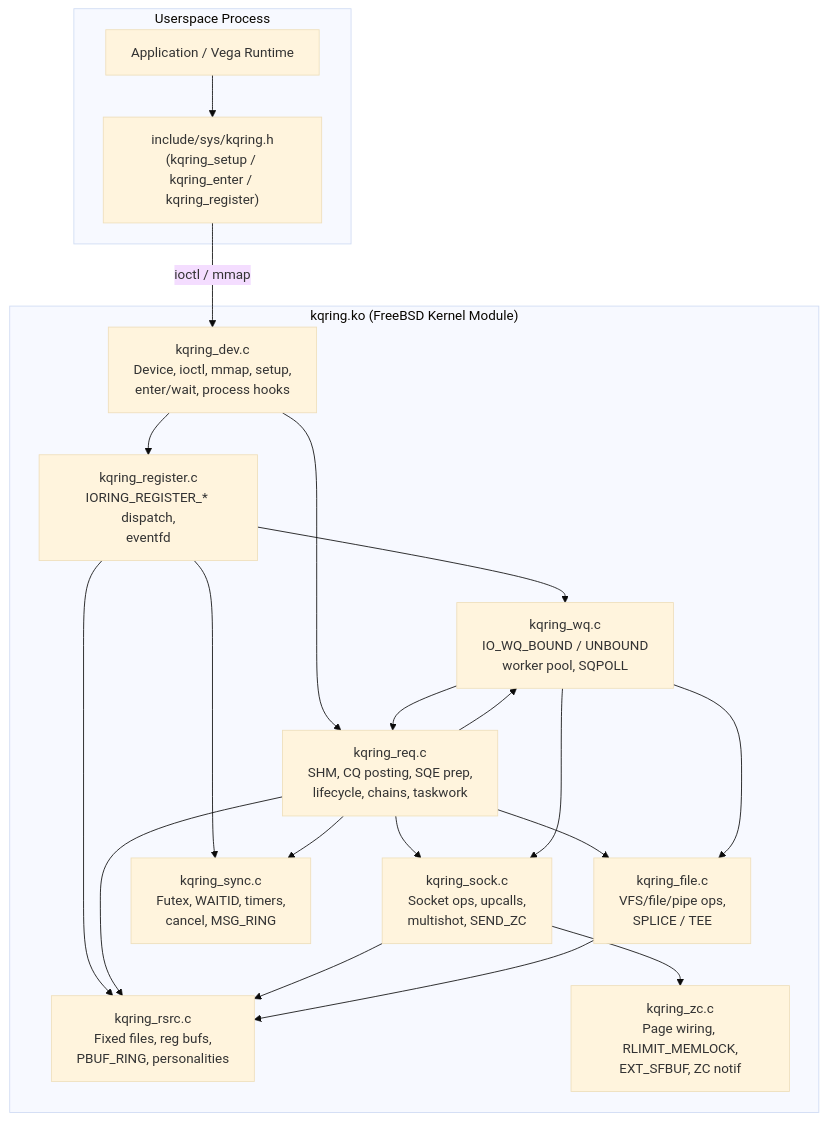
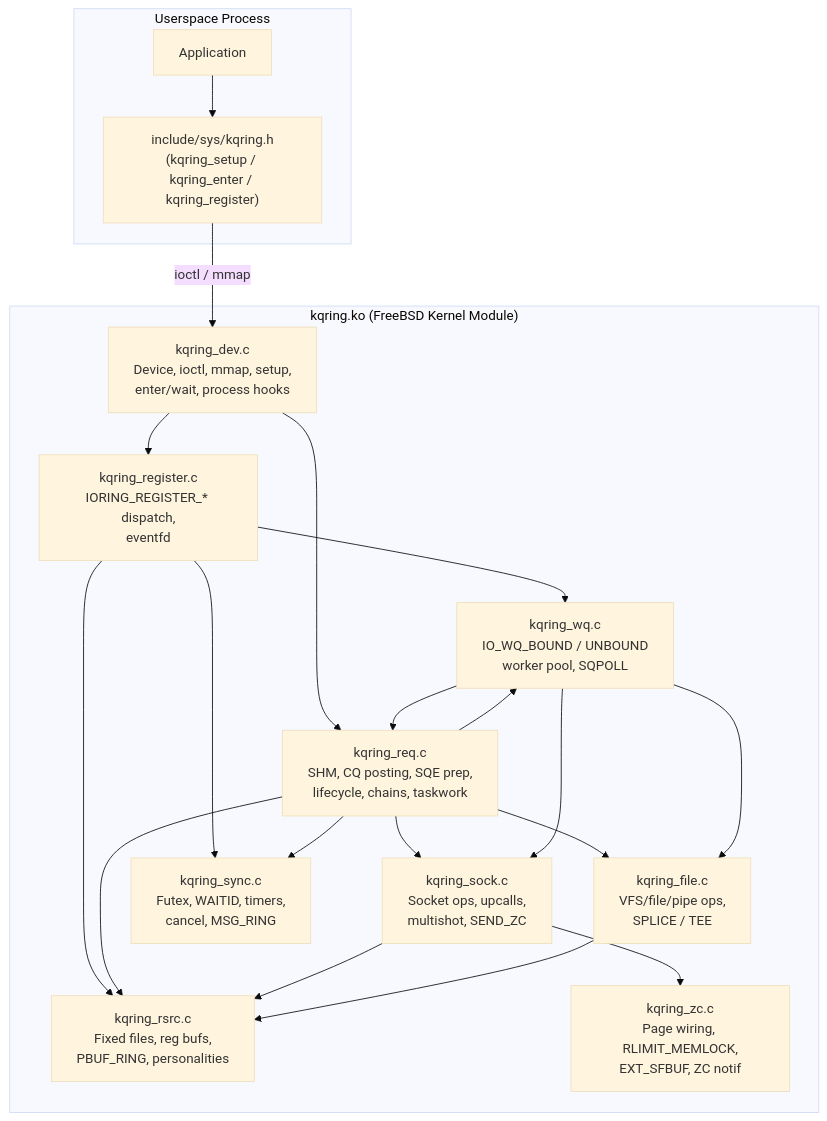
Before and after one commit to grepjava/kqring: the first of 8 diagrams in ARCHITECTURE.MD, drawn with Mermaid (base theme). The commit also changed 4 other files, not shown here.

````diff
--- a/ARCHITECTURE.MD
+++ b/ARCHITECTURE.MD
@@ -11,38 +11,38 @@
 ```mermaid
 flowchart TB
     subgraph Userspace["Userspace Process"]
-        App["Application / Vega Runtime"]
+        App["Application"]
         UAPI["include/sys/kqring.h<br/>(kqring_setup / kqring_enter / kqring_register)"]
         App --> UAPI
     end
 
     subgraph KMOD["kqring.ko (FreeBSD Kernel Module)"]
         DEV["kqring_dev.c<br/>Device, ioctl, mmap, setup,<br/>enter/wait, process hooks"]
         REG["kqring_register.c<br/>IORING_REGISTER_* dispatch,<br/>eventfd"]
         REQ["kqring_req.c<br/>SHM, CQ posting, SQE prep,<br/>lifecycle, chains, taskwork"]
         RSRC["kqring_rsrc.c<br/>Fixed files, reg bufs,<br/>PBUF_RING, personalities"]
         SOCK["kqring_sock.c<br/>Socket ops, upcalls,<br/>multishot, SEND_ZC"]
         FILE["kqring_file.c<br/>VFS/file/pipe ops,<br/>SPLICE / TEE"]
         SYNC["kqring_sync.c<br/>Futex, WAITID, timers,<br/>cancel, MSG_RING"]
         WQ["kqring_wq.c<br/>IO_WQ_BOUND / UNBOUND<br/>worker pool, SQPOLL"]
         ZC["kqring_zc.c<br/>Page wiring, RLIMIT_MEMLOCK,<br/>EXT_SFBUF, ZC notif"]
     end
 
     UAPI -- "ioctl / mmap" --> DEV
     DEV --> REG
     DEV --> REQ
     REG --> RSRC
     REG --> WQ
     REG --> SYNC
     REQ --> RSRC
     REQ --> SOCK
     REQ --> FILE
     REQ --> SYNC
     REQ --> WQ
     SOCK --> ZC
     SOCK --> RSRC
     FILE --> RSRC
     WQ --> REQ
     WQ --> SOCK
     WQ --> FILE
 ```
````
